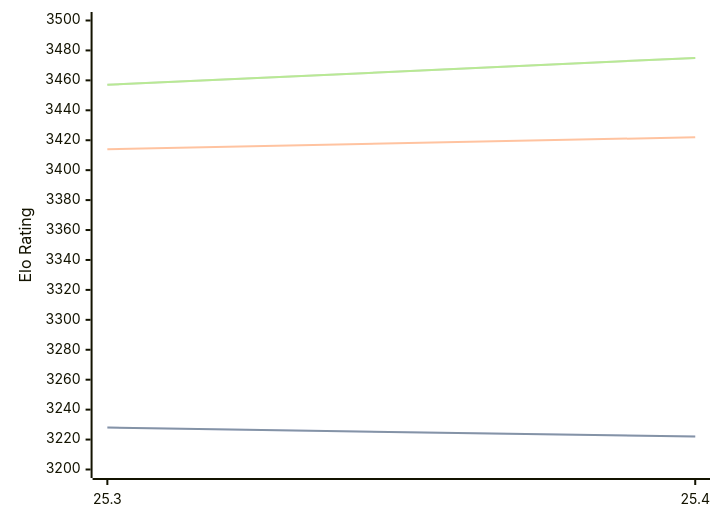
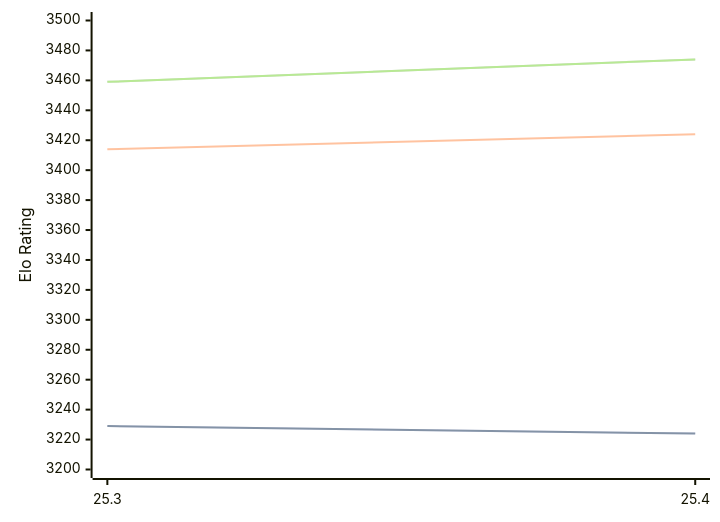
One commit to computer-chess-index/cci changed the first of 3 diagrams in engines/Arasan.md. Above: the diagram before and after it, drawn with Mermaid. The commit also changed other lines of this file, not shown here.

Commit message:
Update CCI Ratings (ELO VLTC) - 2026-06-23

````diff
--- a/engines/Arasan.md
+++ b/engines/Arasan.md
@@ -33,11 +33,11 @@
 ```mermaid
 %%{init: {"theme":"base","themeVariables":{"seriesColors:['#a3a3a3','#222221','#faa371']}}}%%
 xychart-beta
   x-axis ["25.3", "25.4"]
   y-axis "Elo Rating" 3200 --> 3500
-  line "STC (8.0+0.08s)" [3228, 3222]
-  line "STC (8.0+0.08s)" [3228, 3222]
-  line "LTC (60.0+0.60s)" [3414, 3422]
-  line "VLTC (2m24s+1.12s)" [3457, 3475]
-  line "VLTC (2m24s+1.12s)" [3457, 3475]
+  line "STC (8.0+0.08s)" [3229, 3224]
+  line "STC (8.0+0.08s)" [3229, 3224]
+  line "LTC (60.0+0.60s)" [3414, 3424]
+  line "VLTC (2m24s+1.12s)" [3459, 3474]
+  line "VLTC (2m24s+1.12s)" [3459, 3474]
 ```
````
